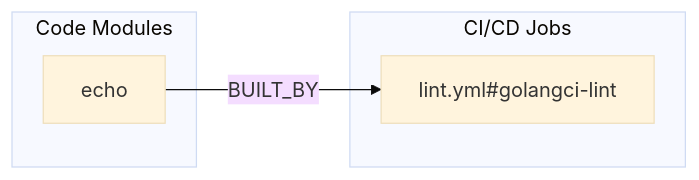
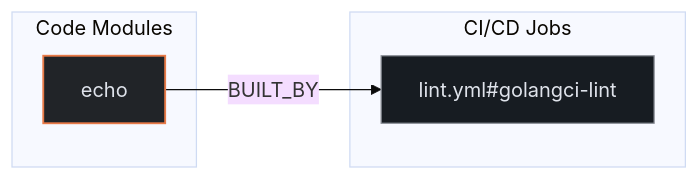
The second of 3 diagrams in exports/latest/reports/getsentry-sentry-go-report.md (kumarshaz/atruss-code-atlas), drawn with Mermaid (base theme) before and after one commit. The commit also changed other lines of this file and 331 other files, not shown here.

Commit message:
docs,ui,fix: update SDLC docs, reorder CI/CD DAG first, stylize Mermaid, and fix Arc42 pipeline topology

````diff
--- a/exports/latest/reports/getsentry-sentry-go-report.md
+++ b/exports/latest/reports/getsentry-sentry-go-report.md
@@ -233,10 +240,14 @@
 ```mermaid
 flowchart LR
+    classDef atlasCategory fill:#212428,stroke:#E87A48,stroke-width:1.5px,color:#dfe3eb
+    classDef atlasWorkflow fill:#1b2026,stroke:#a3c9ff,stroke-width:1.5px,color:#dfe3eb
+    classDef atlasJob fill:#171c22,stroke:#8d9199,stroke-width:1px,color:#dfe3eb
+    classDef atlasTarget fill:#005227,stroke:#8bd99b,stroke-width:1.5px,color:#a7f6b6
     subgraph code_modules["Code Modules"]
-        mod_echo["echo"]
+        mod_echo["echo"]:::atlasCategory
     end
     subgraph ci_jobs["CI/CD Jobs"]
-        job_lint_yml_golangci_lint["lint.yml#golangci-lint"]
+        job_lint_yml_golangci_lint["lint.yml#golangci-lint"]:::atlasJob
     end
     mod_echo -->|BUILT_BY| job_lint_yml_golangci_lint
 ```
````
